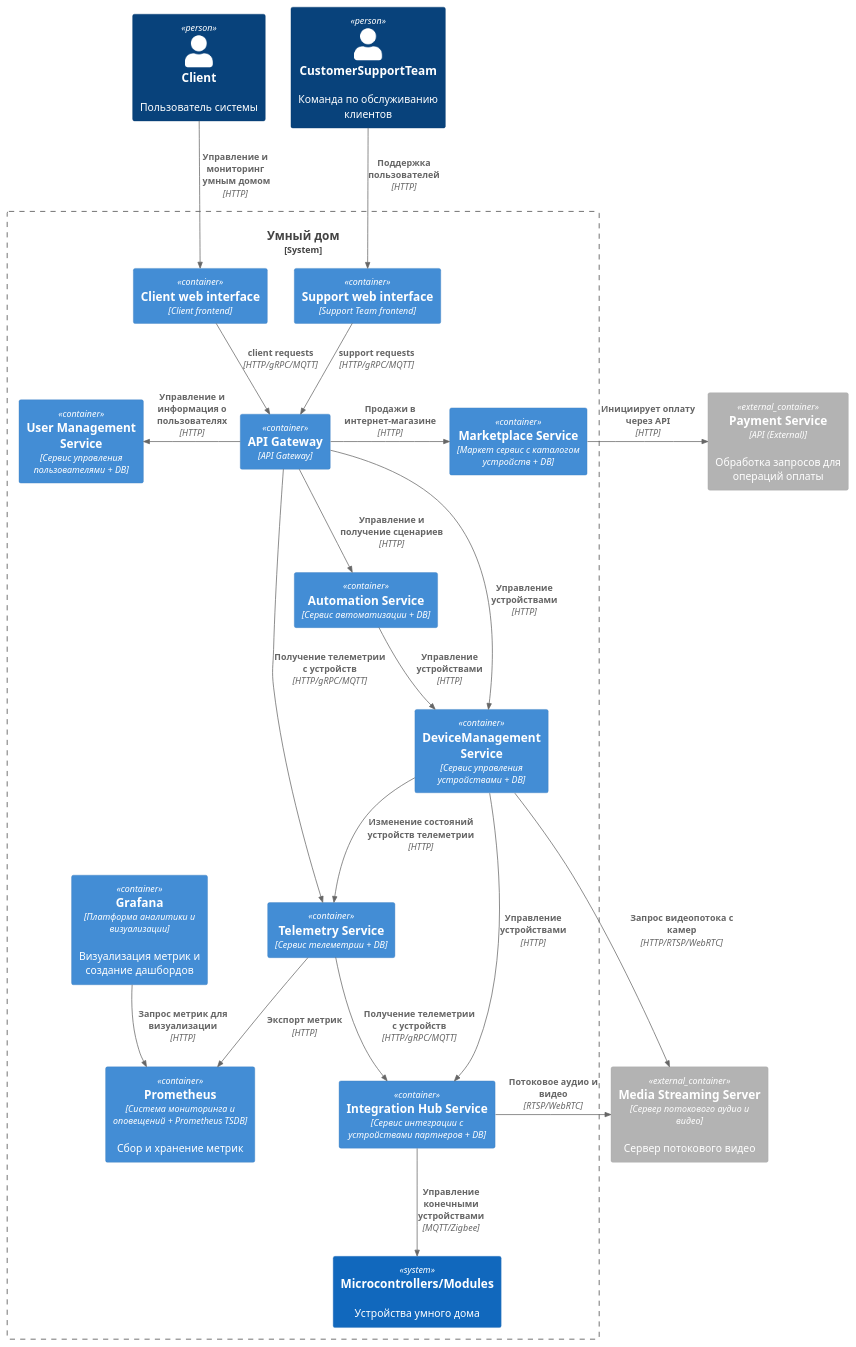
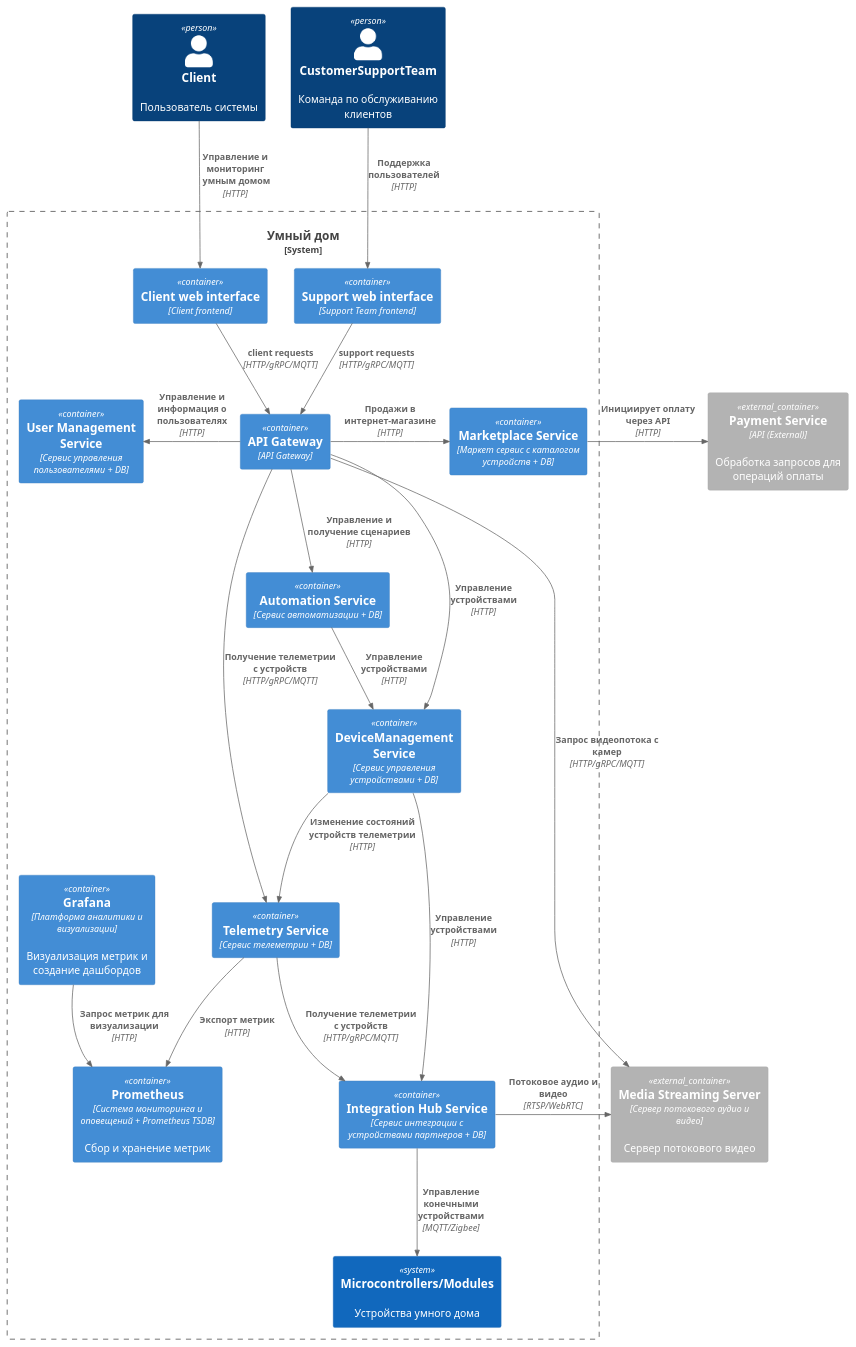
The diagram in docs/containers_C4.puml (ayakhont/architecture-warmhouse), drawn with PlantUML before and after one commit. The commit also changed 3 other files, not shown here.

Commit message:
C4 code diagram

```diff
--- a/docs/containers_C4.puml
+++ b/docs/containers_C4.puml
@@ -1,46 +1,47 @@
 @startuml
 
 !include <C4/C4_Container>
 
 Person(client, "Client", "Пользователь системы")
 Person(customerSupportTeam, "CustomerSupportTeam", "Команда по обслуживанию клиентов")
 System_Boundary(platform, "Умный дом") {
     Container(clientFrontend, "Client web interface", "Client frontend")
     Container(supportFrontend, "Support web interface", "Support Team frontend")
     Container(apiGateway, "API Gateway", "API Gateway")
     Container(userManagement, "User Management Service", "Сервис управления пользователями + DB")
     Container(telemetry, "Telemetry Service", "Сервис телеметрии + DB")
     Container(prometheus, "Prometheus", "Система мониторинга и оповещений + Prometheus TSDB", "Сбор и хранение метрик")
     Container(grafana, "Grafana", "Платформа аналитики и визуализации", "Визуализация метрик и создание дашбордов")
     Container(automation, "Automation Service", "Сервис автоматизации + DB")
     Container(deviceManagementService, "DeviceManagement Service", "Сервис управления устройствами + DB")
     Container(marketplace, "Marketplace Service", "Маркет сервис с каталогом устройств + DB")
     Container(integrationHub, "Integration Hub Service", "Сервис интеграции с устройствами партнеров + DB")
     System(microcontrollers, "Microcontrollers/Modules", "Устройства умного дома")
 }
 Container_Ext(paymentService, "Payment Service", "API (External)", "Обработка запросов для операций оплаты")
 Container_Ext(mediaStreamingServer, "Media Streaming Server", "Сервер потокового аудио и видео", "Сервер потокового видео")
 
 Rel(client, clientFrontend, "Управление и мониторинг\n умным домом", "HTTP")
 Rel(customerSupportTeam, supportFrontend, "Поддержка пользователей", "HTTP")
 Rel(clientFrontend, apiGateway, "client requests", "HTTP/gRPC/MQTT")
 Rel(supportFrontend, apiGateway, "support requests", "HTTP/gRPC/MQTT")
 Rel(apiGateway, deviceManagementService, "Управление устройствами", "HTTP")
 Rel(apiGateway, automation, "Управление и получение сценариев", "HTTP")
 Rel(automation, deviceManagementService, "Управление устройствами", "HTTP")
 Rel_R(apiGateway, marketplace, "Продажи в интернет-магазине", "HTTP")
 Rel_L(apiGateway, userManagement, "Управление и информация о пользователях" ,"HTTP")
 Rel(deviceManagementService, integrationHub, "Управление устройствами", "HTTP")
 Rel(integrationHub, microcontrollers, "Управление конечными устройствами", "MQTT/Zigbee")
 Rel(telemetry, integrationHub, "Получение телеметрии с устройств", "HTTP/gRPC/MQTT")
 Rel(deviceManagementService, telemetry, "Изменение состояний устройств телеметрии", "HTTP")
 Rel(apiGateway, telemetry, "Получение телеметрии с устройств", "HTTP/gRPC/MQTT")
 Rel_R(marketplace, paymentService, "Инициирует оплату через API", "HTTP")
 Rel(telemetry, prometheus, "Экспорт метрик", "HTTP")
 Rel(grafana, prometheus, "Запрос метрик для визуализации", "HTTP")
-Rel_R(deviceManagementService, mediaStreamingServer, "Запрос видеопотока с камер", "HTTP/RTSP/WebRTC")
 Rel_R(integrationHub, mediaStreamingServer, "Потоковое аудио и видео", "RTSP/WebRTC")
+Rel(apiGateway, mediaStreamingServer, "Запрос видеопотока с камер", "HTTP/gRPC/MQTT")
+
 
 
 
 @enduml
```
